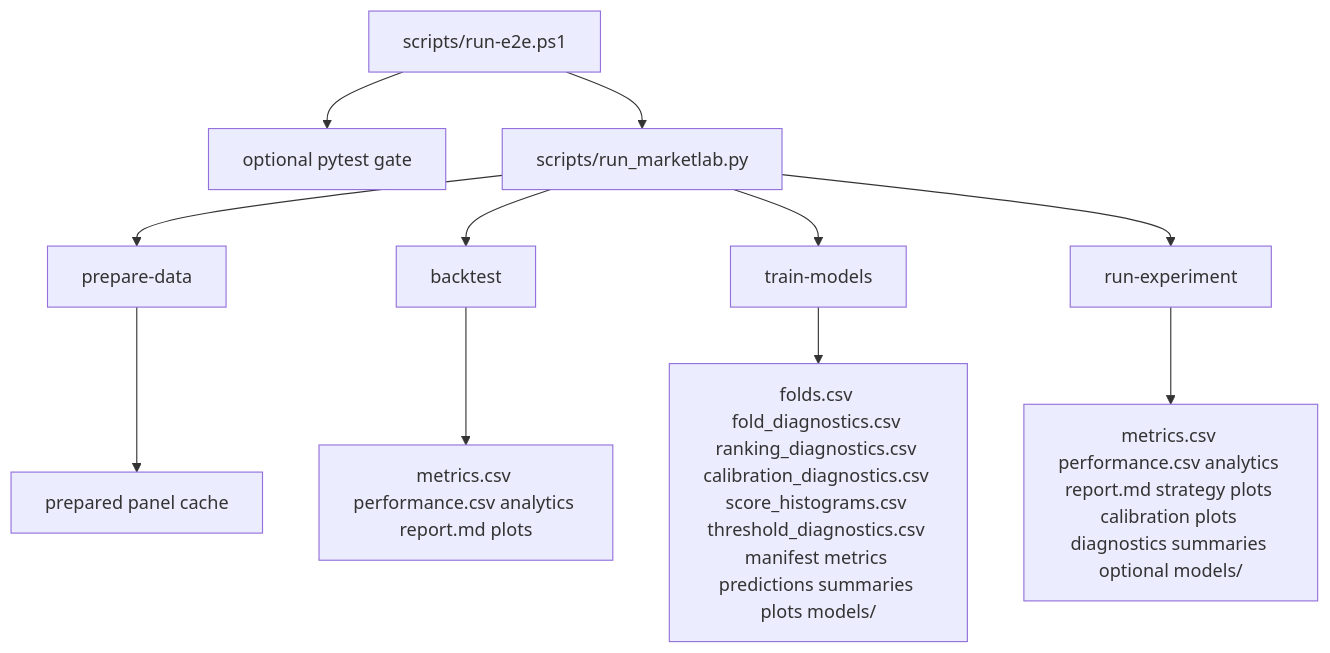
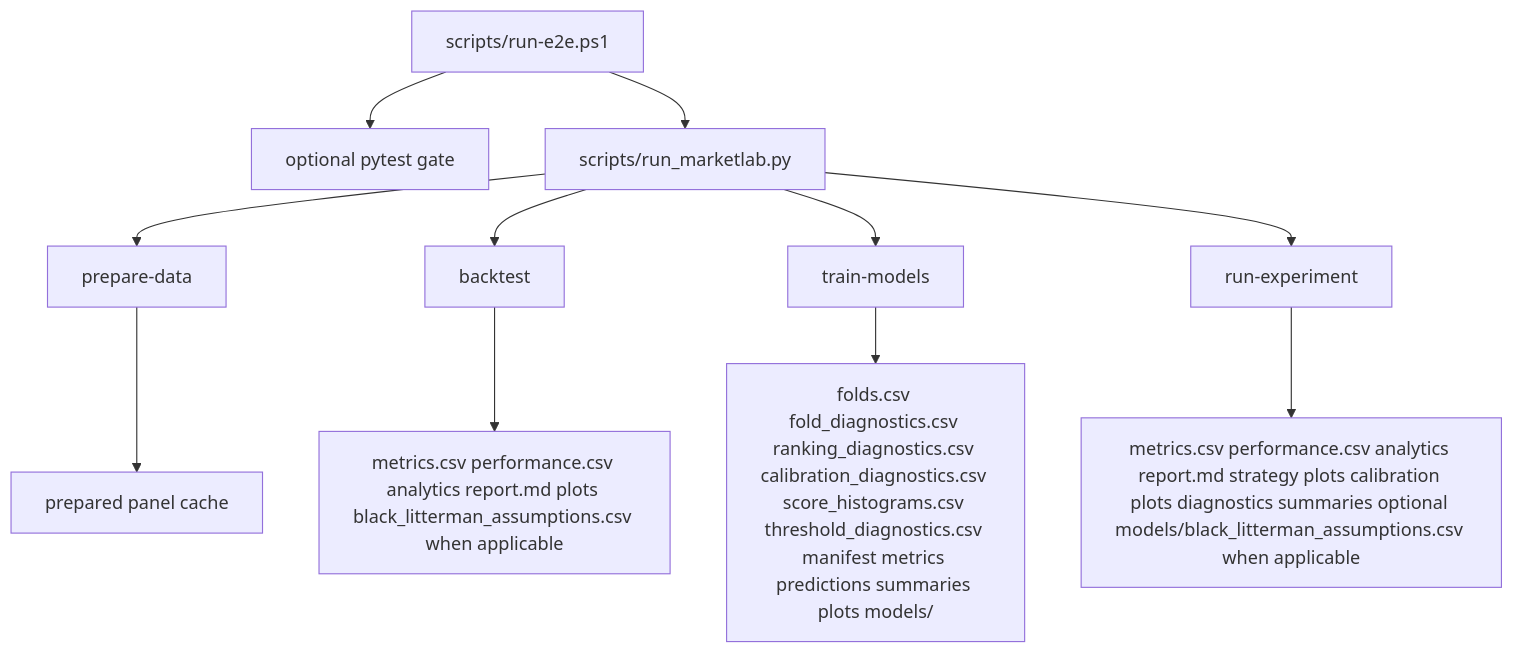
Before and after one commit to ricardogr07/market-lab: the first of 6 diagrams in docs/architecture.md, drawn with Mermaid. The commit also changed other lines of this file and 1 other file, not shown here.

Commit message:
docs: document black-litterman baseline semantics

````diff
--- a/docs/architecture.md
+++ b/docs/architecture.md
@@ -69,14 +69,14 @@
 ```mermaid
 flowchart TD
     Runner[scripts/run-e2e.ps1] --> Pytest[optional pytest gate]
     Runner --> Launcher[scripts/run_marketlab.py]
     Launcher --> Prepare[prepare-data]
     Launcher --> Backtest[backtest]
     Launcher --> Train[train-models]
     Launcher --> Experiment[run-experiment]
 
     Prepare --> Panel[prepared panel cache]
-    Backtest --> BaselineArtifacts[metrics.csv performance.csv analytics report.md plots]
+    Backtest --> BaselineArtifacts[metrics.csv performance.csv analytics report.md plots black_litterman_assumptions.csv when applicable]
     Train --> TrainingArtifacts[folds.csv fold_diagnostics.csv ranking_diagnostics.csv calibration_diagnostics.csv score_histograms.csv threshold_diagnostics.csv manifest metrics predictions summaries plots models/]
-    Experiment --> ExperimentArtifacts[metrics.csv performance.csv analytics report.md strategy plots calibration plots diagnostics summaries optional models/]
+    Experiment --> ExperimentArtifacts[metrics.csv performance.csv analytics report.md strategy plots calibration plots diagnostics summaries optional models/black_litterman_assumptions.csv when applicable]
 ```
````
